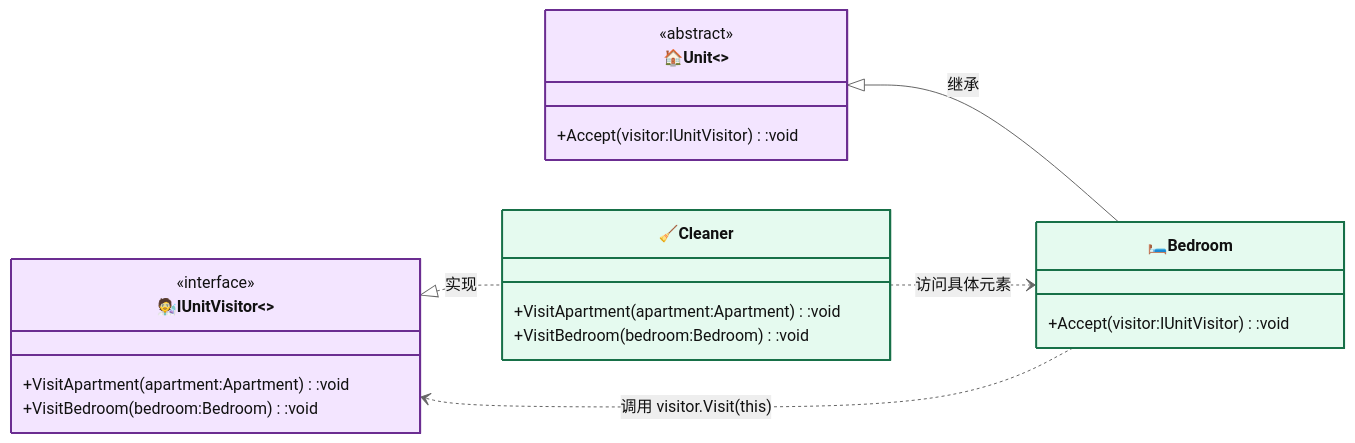
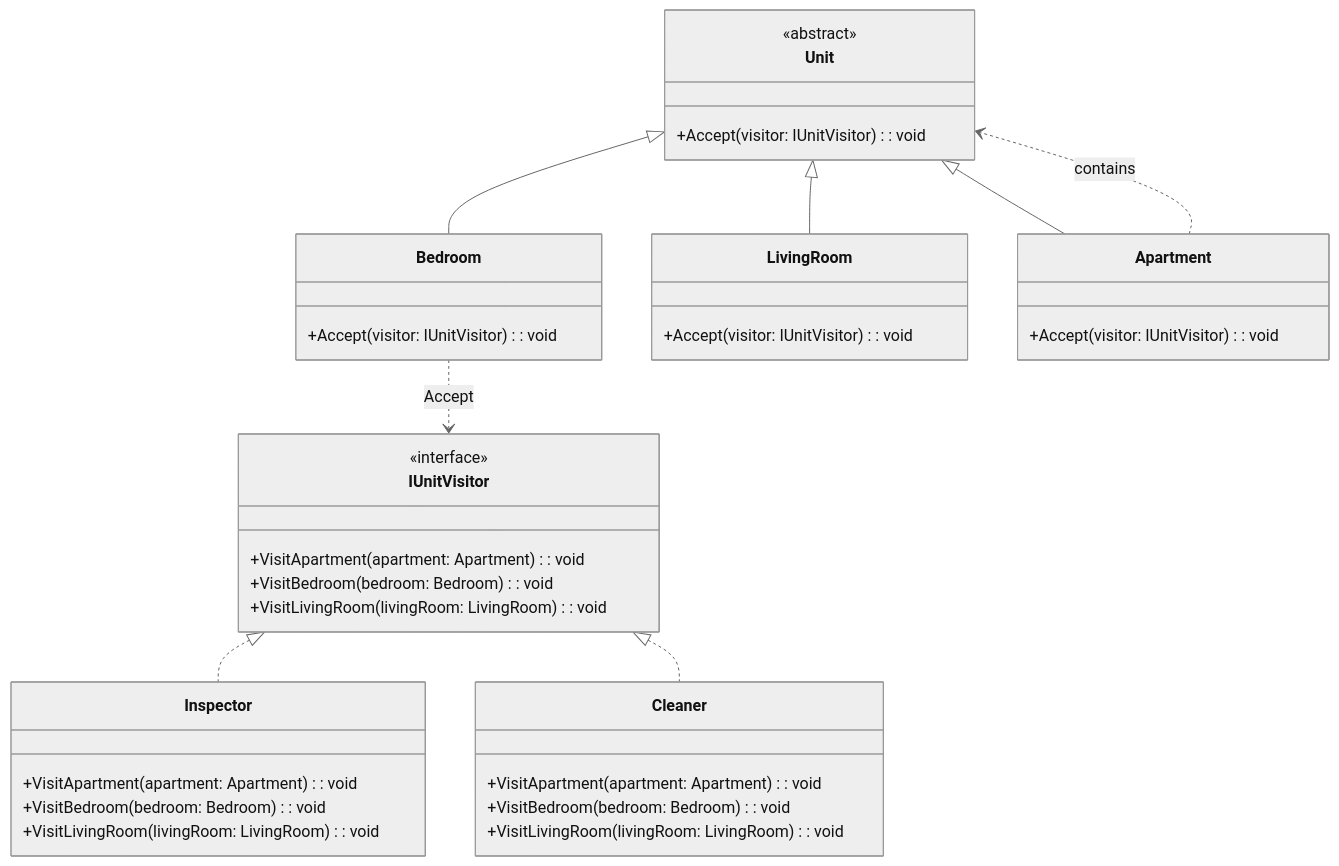
One commit to hollson/design_patterns changed the second of 2 diagrams in VisitorPattern/README.md. Above: the diagram before and after it, drawn with Mermaid (neutral theme). The commit also changed other lines of this file and 19 other files, not shown here.

````diff
--- a/VisitorPattern/README.md
+++ b/VisitorPattern/README.md
@@ -21,31 +52,40 @@
 ```mermaid
-%%{init: {"classDiagram": {"useMarkdownLabels": true}} }%%
 classDiagram
-    direction LR
-
-    class Visitor["🧑‍🔬IUnitVisitor<<interface>>"]:::strategyCls{
+    class IUnitVisitor {
         <<interface>>
-        +VisitApartment(apartment:Apartment):void
-        +VisitBedroom(bedroom:Bedroom):void
+        +VisitApartment(apartment: Apartment): void
+        +VisitBedroom(bedroom: Bedroom): void
+        +VisitLivingRoom(livingRoom: LivingRoom): void
     }
-    class ConcreteVisitor["🧹Cleaner"]:::concreteCls{
-        +VisitApartment(apartment:Apartment):void
-        +VisitBedroom(bedroom:Bedroom):void
+    class Inspector {
+        +VisitApartment(apartment: Apartment): void
+        +VisitBedroom(bedroom: Bedroom): void
+        +VisitLivingRoom(livingRoom: LivingRoom): void
     }
-    class Element["🏠Unit<<abstract>>"]:::strategyCls{
+    class Cleaner {
+        +VisitApartment(apartment: Apartment): void
+        +VisitBedroom(bedroom: Bedroom): void
+        +VisitLivingRoom(livingRoom: LivingRoom): void
+    }
+    class Unit {
         <<abstract>>
-        +Accept(visitor:IUnitVisitor):void
+        +Accept(visitor: IUnitVisitor): void
     }
-    class ConcreteElement["🛏️Bedroom"]:::concreteCls{
-        +Accept(visitor:IUnitVisitor):void
+    class Bedroom {
+        +Accept(visitor: IUnitVisitor): void
+    }
+    class LivingRoom {
+        +Accept(visitor: IUnitVisitor): void
+    }
+    class Apartment {
+        +Accept(visitor: IUnitVisitor): void
     }
 
-    Visitor <|.. ConcreteVisitor : 实现
-    Element <|-- ConcreteElement : 继承
-    ConcreteElement ..> Visitor : 调用 visitor.Visit(this)
-    ConcreteVisitor ..> ConcreteElement : 访问具体元素
-
-    classDef contextCls fill:#fff3cd,stroke:#856404,stroke-width:2px
-    classDef strategyCls fill:#f3e5ff,stroke:#6b2d91,stroke-width:2px
-    classDef concreteCls fill:#e5faef,stroke:#177048,stroke-width:2px
+    IUnitVisitor <|.. Inspector
+    IUnitVisitor <|.. Cleaner
+    Unit <|-- Bedroom
+    Unit <|-- LivingRoom
+    Unit <|-- Apartment
+    Apartment ..> Unit : contains
+    Bedroom ..> IUnitVisitor : Accept
 ```
````
